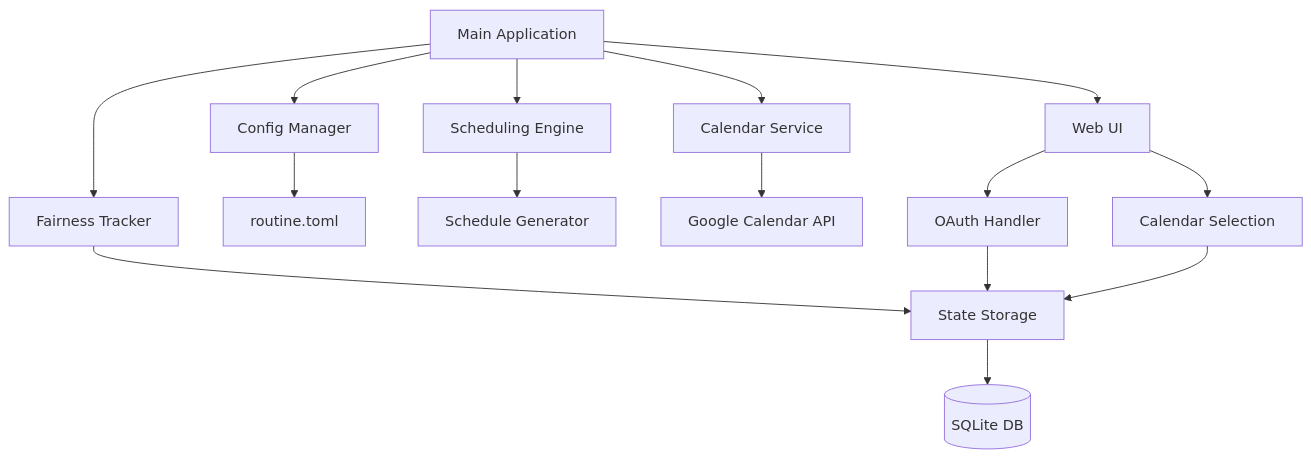
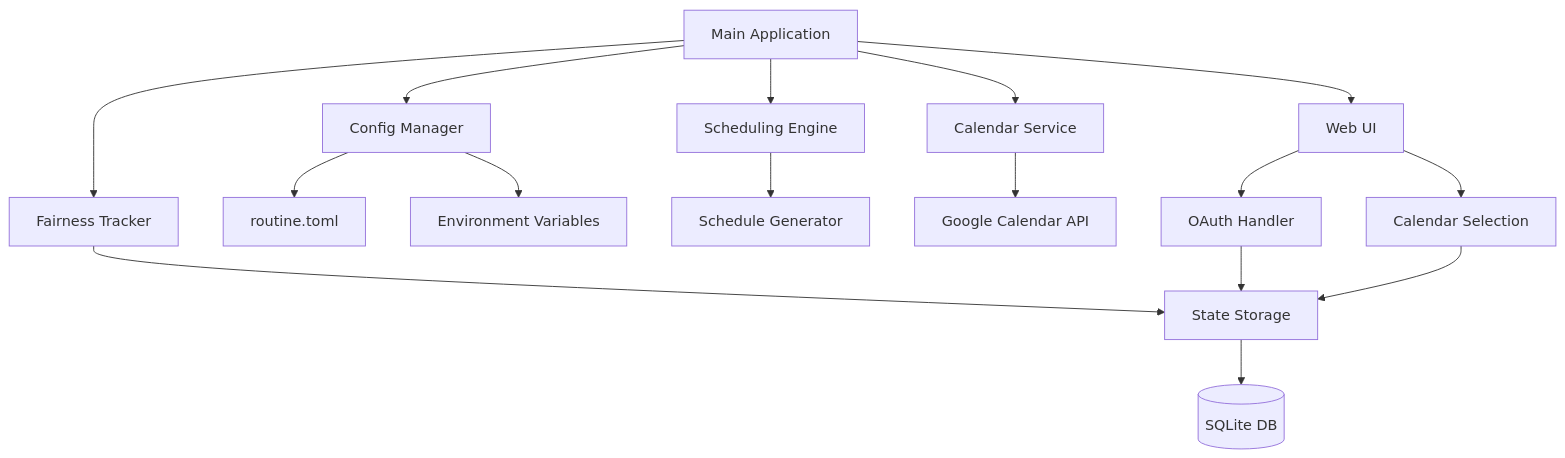
One commit to Belphemur/night-routine changed the first of 3 diagrams in docs/architecture.md. Above: the diagram before and after it, drawn with Mermaid. The commit also changed other lines of this file and 7 other files, not shown here.

First line of the commit message:
Refactor Google Calendar integration to use OAuth2 from environment variables

````diff
--- a/docs/architecture.md
+++ b/docs/architecture.md
@@ -5,19 +5,20 @@
 ```mermaid
 graph TD
     A[Main Application] --> B[Config Manager]
     A --> C[Scheduling Engine]
     A --> D[Calendar Service]
     A --> E[Fairness Tracker]
     A --> W[Web UI]
 
     B --> F[routine.toml]
+    B --> M[Environment Variables]
     C --> G[Schedule Generator]
     D --> H[Google Calendar API]
     E --> I[State Storage]
     W --> J[OAuth Handler]
     W --> K[Calendar Selection]
 
     J --> I
     K --> I
     I --> L[(SQLite DB)]
 ```
````
